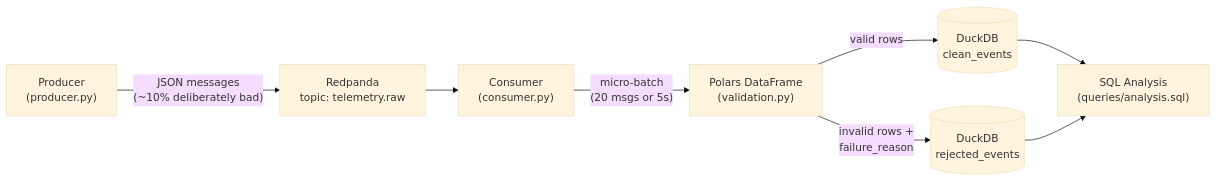
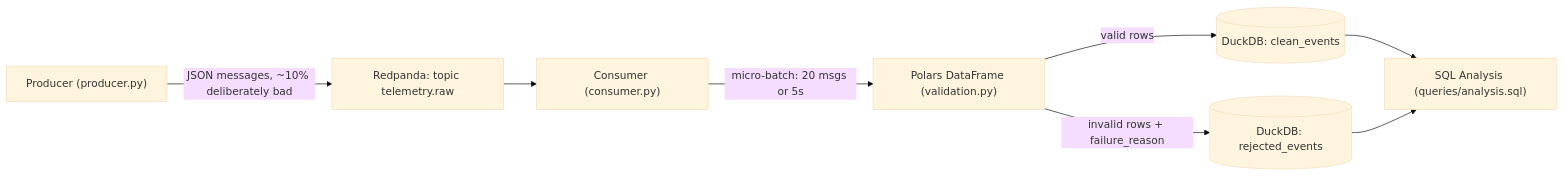
Before and after one commit to Avika24/telemetry-pipeline: the diagram in README.md, drawn with Mermaid (base theme). The commit also changed other lines of this file, not shown here.

Commit message:
Clean up README wording

````diff
--- a/README.md
+++ b/README.md
@@ -7,10 +7,10 @@
 ```mermaid
 flowchart LR
-    A["Producer<br/>(producer.py)"] -->|"JSON messages<br/>(~10% deliberately bad)"| B["Redpanda<br/>topic: telemetry.raw"]
-    B --> C["Consumer<br/>(consumer.py)"]
-    C -->|"micro-batch<br/>(20 msgs or 5s)"| D["Polars DataFrame<br/>(validation.py)"]
-    D -->|"valid rows"| E[("DuckDB<br/>clean_events")]
-    D -->|"invalid rows +<br/>failure_reason"| F[("DuckDB<br/>rejected_events")]
-    E --> G["SQL Analysis<br/>(queries/analysis.sql)"]
+    A["Producer (producer.py)"] -->|"JSON messages, ~10% deliberately bad"| B["Redpanda: topic telemetry.raw"]
+    B --> C["Consumer (consumer.py)"]
+    C -->|"micro-batch: 20 msgs or 5s"| D["Polars DataFrame (validation.py)"]
+    D -->|"valid rows"| E[("DuckDB: clean_events")]
+    D -->|"invalid rows + failure_reason"| F[("DuckDB: rejected_events")]
+    E --> G["SQL Analysis (queries/analysis.sql)"]
     F --> G
 ```
````
